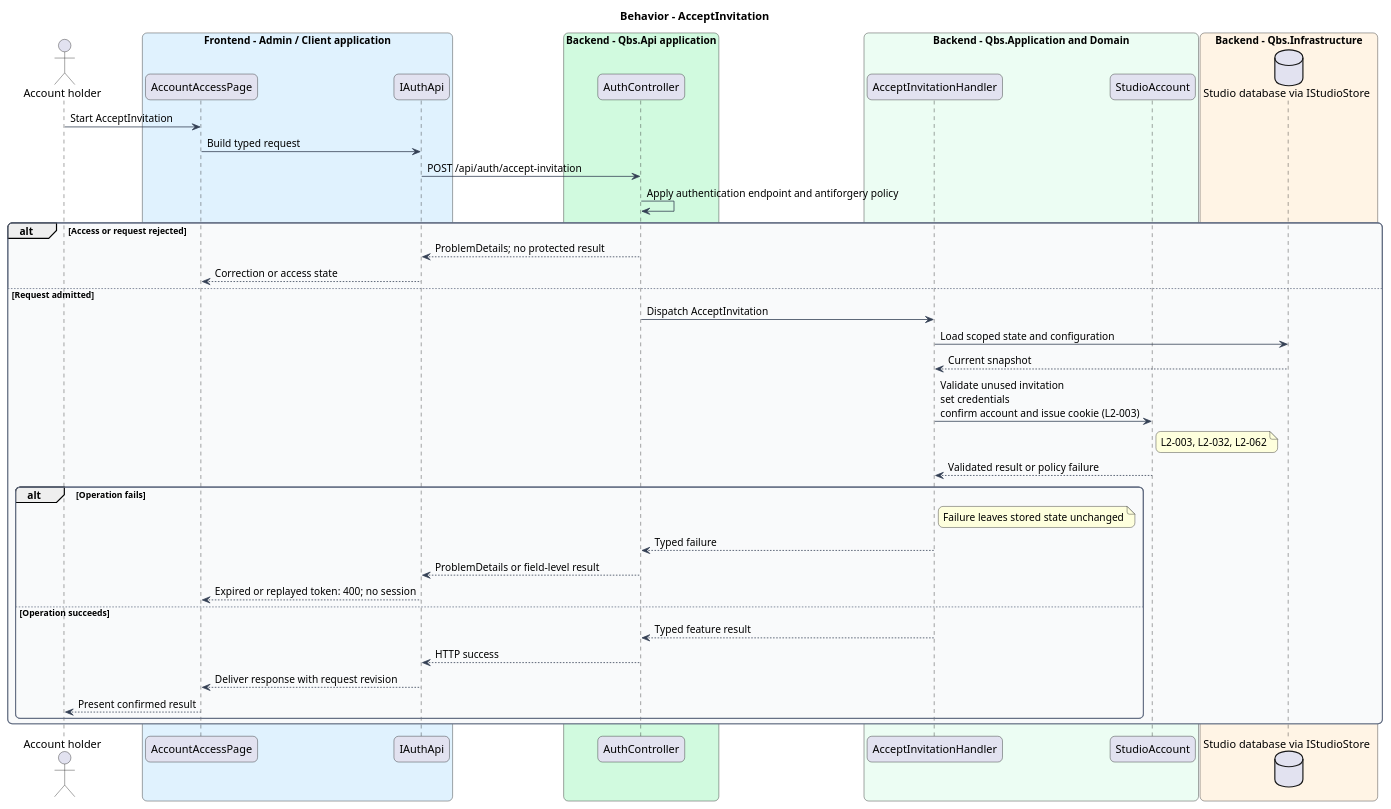
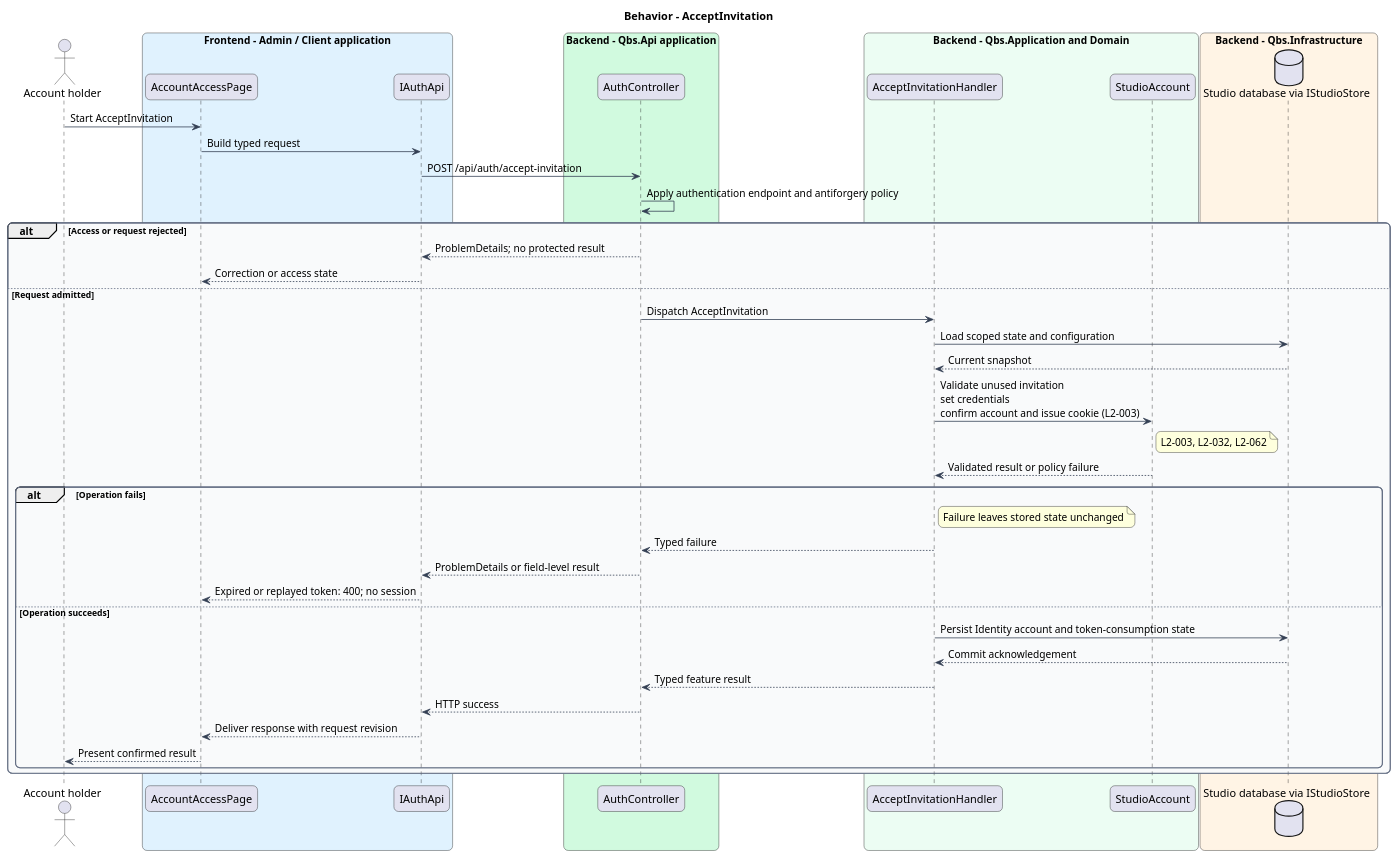
One commit to QuinntyneBrown/quinntyne-brown-studio changed the diagram in docs/detailed-designs/client-access/invite-and-authenticate-users/diagrams/sequence-accept-invitation.puml. Above: the diagram before and after it, drawn with PlantUML. The commit also changed 51 other files, not shown here.

```diff
--- a/docs/detailed-designs/client-access/invite-and-authenticate-users/diagrams/sequence-accept-invitation.puml
+++ b/docs/detailed-designs/client-access/invite-and-authenticate-users/diagrams/sequence-accept-invitation.puml
@@ -1,60 +1,62 @@
 @startuml
 skinparam backgroundColor #FFFFFF
 skinparam shadowing false
 skinparam roundcorner 12
 skinparam defaultFontName Arial
 skinparam ArrowColor #344054
 skinparam rectangle {
   BorderColor #344054
   FontColor #101828
 }
 skinparam package {
   BorderColor #667085
   FontColor #101828
   BackgroundColor #F9FAFB
 }
 title Behavior - AcceptInvitation
 actor "Account holder" as actor
 box "Frontend - Admin / Client application" #E0F2FE
  participant "AccountAccessPage" as page
  participant "IAuthApi" as client
 end box
 box "Backend - Qbs.Api application" #D1FADF
  participant "AuthController" as controller
 end box
 box "Backend - Qbs.Application and Domain" #ECFDF3
  participant "AcceptInvitationHandler" as handler
  participant "StudioAccount" as entity
 end box
 box "Backend - Qbs.Infrastructure" #FFF4E5
  database "Studio database via IStudioStore" as db
 end box
 actor -> page : Start AcceptInvitation
 page -> client : Build typed request
 client -> controller : POST /api/auth/accept-invitation
 controller -> controller : Apply authentication endpoint and antiforgery policy
 alt Access or request rejected
 controller --> client : ProblemDetails; no protected result
 client --> page : Correction or access state
 else Request admitted
 controller -> handler : Dispatch AcceptInvitation
 handler -> db : Load scoped state and configuration
 db --> handler : Current snapshot
 handler -> entity : Validate unused invitation\nset credentials\nconfirm account and issue cookie (L2-003)
 note right of entity
 L2-003, L2-032, L2-062
 end note
 entity --> handler : Validated result or policy failure
 alt Operation fails
 note right of handler : Failure leaves stored state unchanged
 handler --> controller : Typed failure
 controller --> client : ProblemDetails or field-level result
 client --> page : Expired or replayed token: 400; no session
 else Operation succeeds
+handler -> db : Persist Identity account and token-consumption state
+db --> handler : Commit acknowledgement
 handler --> controller : Typed feature result
 controller --> client : HTTP success
 client --> page : Deliver response with request revision
 page --> actor : Present confirmed result
 end
 end
 @enduml
```
